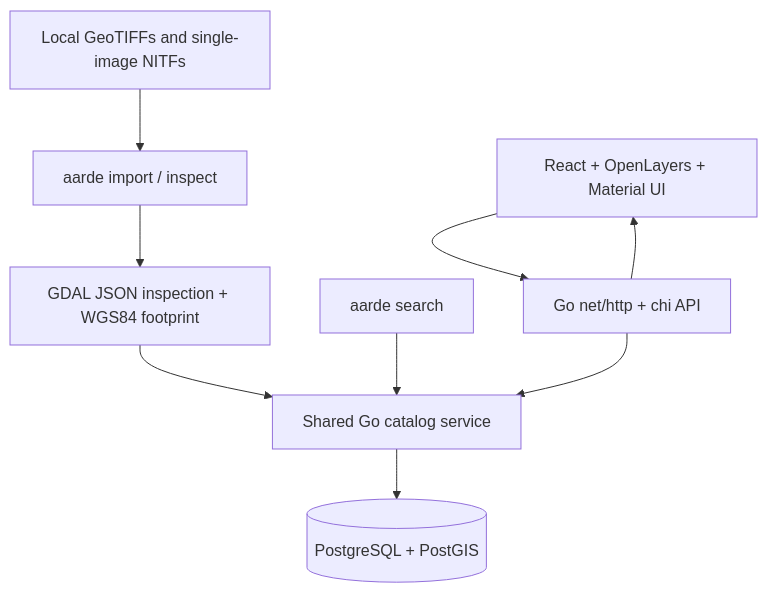
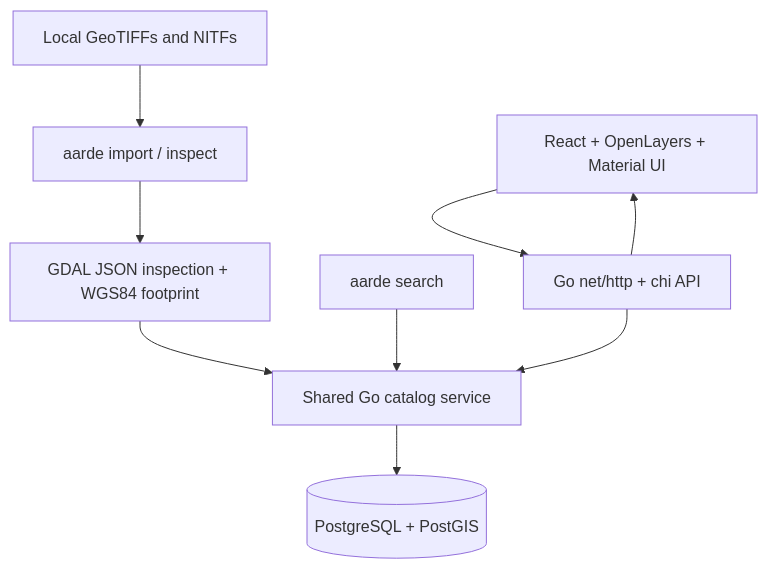
The diagram in README.md (GerhardOfRivia/aarde), drawn with Mermaid before and after one commit. The commit also changed other lines of this file and 25 other files, not shown here.

````diff
--- a/README.md
+++ b/README.md
@@ -49,11 +49,11 @@
 ```mermaid
 flowchart TD
-    Files[Local GeoTIFFs and single-image NITFs] --> CLI[aarde import / inspect]
+    Files[Local GeoTIFFs and NITFs] --> CLI[aarde import / inspect]
     CLI --> GDAL[GDAL JSON inspection + WGS84 footprint]
     GDAL --> Catalog[Shared Go catalog service]
     SearchCLI[aarde search] --> Catalog
     UI[React + OpenLayers + Material UI] --> HTTP[Go net/http + chi API]
     HTTP --> Catalog
     Catalog --> DB[(PostgreSQL + PostGIS)]
     HTTP --> UI
 ```
````
